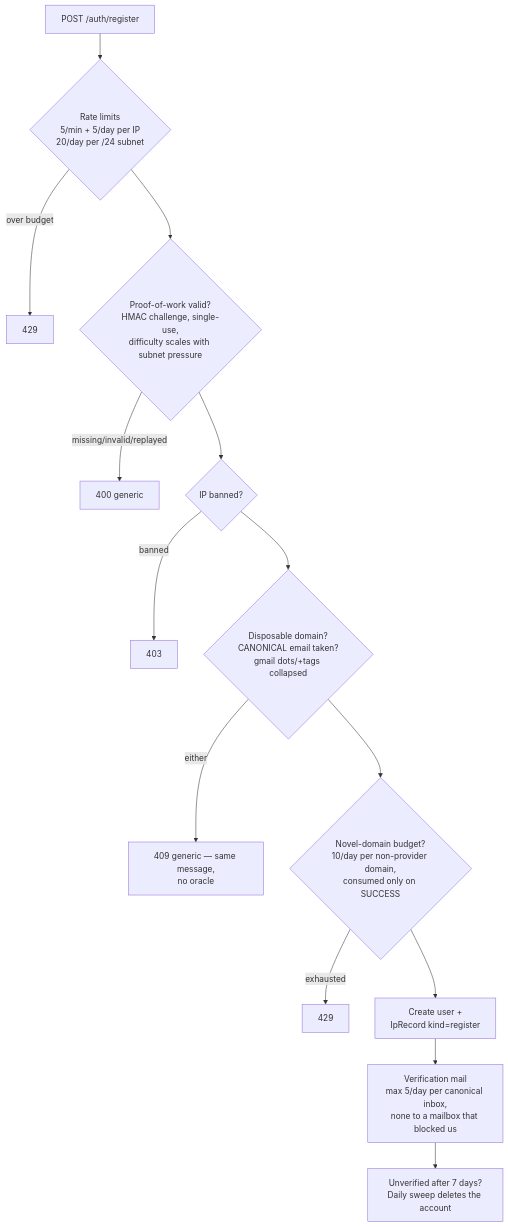
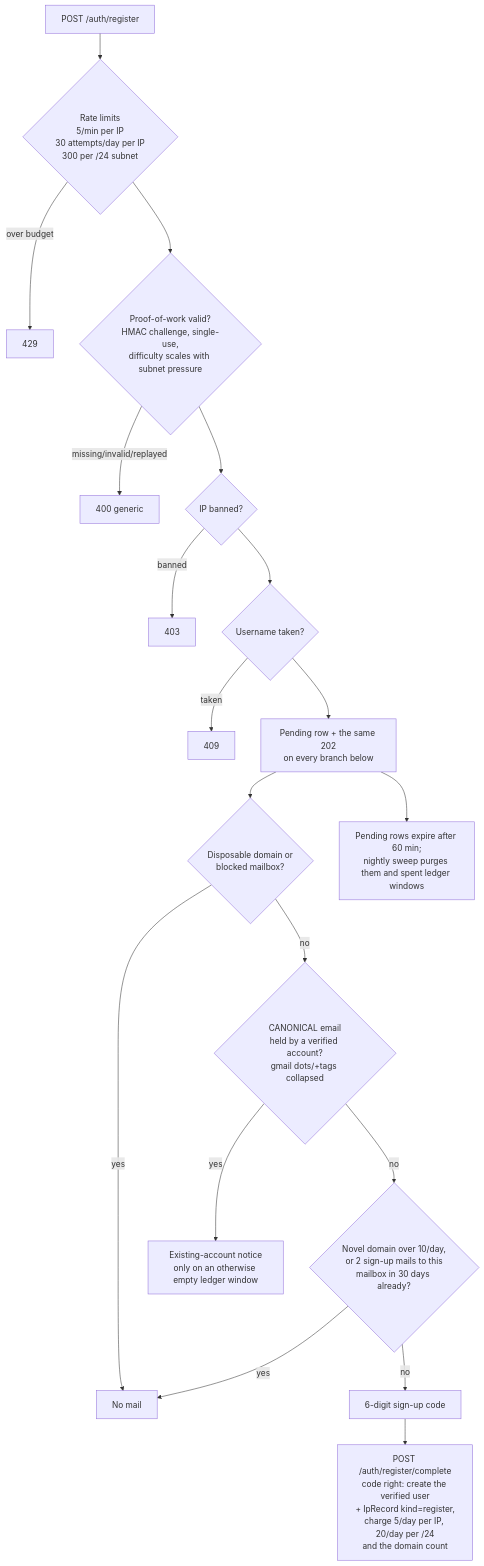
One commit to Aizen93/voxium changed diagram 13 of 16 in Architecture.md. Above: the diagram before and after it, drawn with Mermaid. The commit also changed other lines of this file and 1 other file, not shown here.

First line of the commit message:
docs: describe verify-first registration in Architecture.md and the README

````diff
--- a/Architecture.md
+++ b/Architecture.md
@@ -1347,16 +1385,21 @@
 ```mermaid
 flowchart TD
-    A[POST /auth/register] --> B{Rate limits<br/>5/min + 5/day per IP<br/>20/day per /24 subnet}
+    A[POST /auth/register] --> B{Rate limits<br/>5/min per IP<br/>30 attempts/day per IP<br/>300 per /24 subnet}
     B -->|over budget| R1[429]
     B --> C{Proof-of-work valid?<br/>HMAC challenge, single-use,<br/>difficulty scales with subnet pressure}
     C -->|missing/invalid/replayed| R2[400 generic]
     C --> D{IP banned?}
     D -->|banned| R3[403]
-    D --> E{Disposable domain?<br/>CANONICAL email taken?<br/>gmail dots/+tags collapsed}
-    E -->|either| R4[409 generic — same message,<br/>no oracle]
-    E --> F{Novel-domain budget?<br/>10/day per non-provider domain,<br/>consumed only on SUCCESS}
-    F -->|exhausted| R5[429]
-    F --> G[Create user +<br/>IpRecord kind=register]
-    G --> H[Verification mail<br/>max 5/day per canonical inbox,<br/>none to a mailbox that blocked us]
-    H --> I[Unverified after 7 days?<br/>Daily sweep deletes the account]
+    D --> U{Username taken?}
+    U -->|taken| R4[409]
+    U --> P[Pending row + the same 202<br/>on every branch below]
+    P --> E{Disposable domain or<br/>blocked mailbox?}
+    E -->|yes| S[No mail]
+    E -->|no| F{CANONICAL email<br/>held by a verified account?<br/>gmail dots/+tags collapsed}
+    F -->|yes| N[Existing-account notice<br/>only on an otherwise empty ledger window]
+    F -->|no| G{Novel domain over 10/day,<br/>or 2 sign-up mails to this<br/>mailbox in 30 days already?}
+    G -->|yes| S
+    G -->|no| H[6-digit sign-up code]
+    H --> K[POST /auth/register/complete<br/>code right: create the verified user<br/>+ IpRecord kind=register,<br/>charge 5/day per IP, 20/day per /24<br/>and the domain count]
+    P --> X[Pending rows expire after 60 min;<br/>nightly sweep purges them and spent ledger windows]
 ```
````
